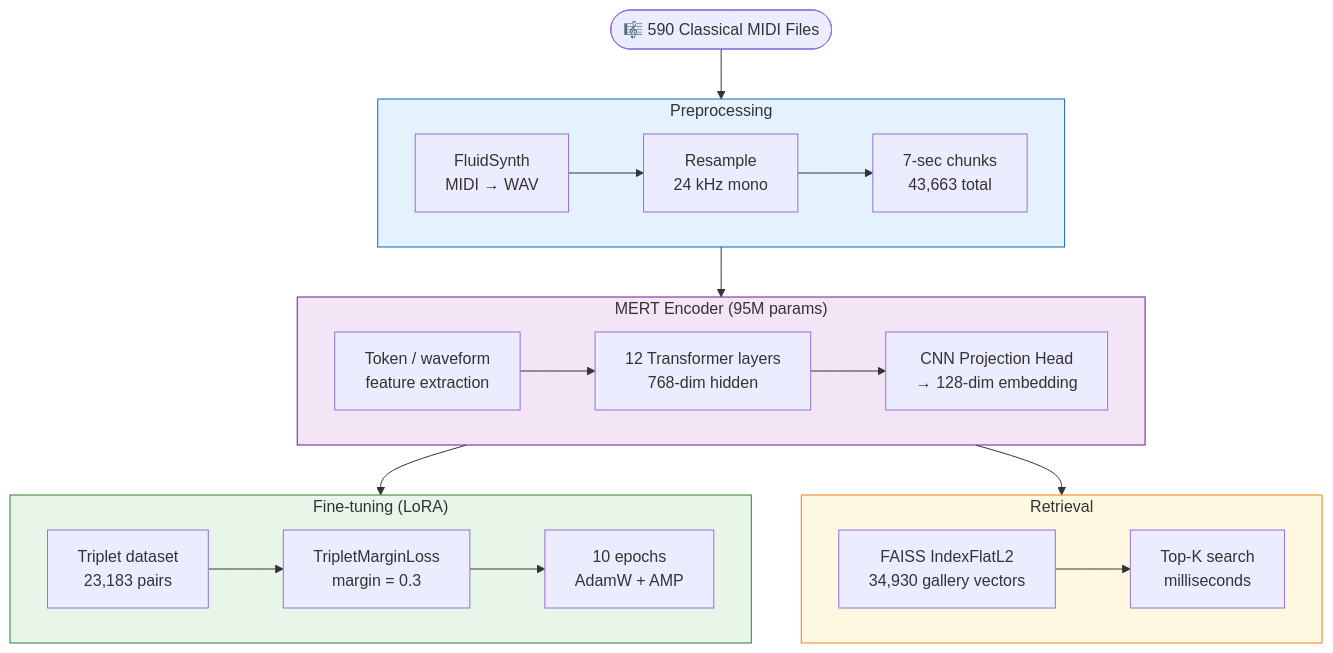
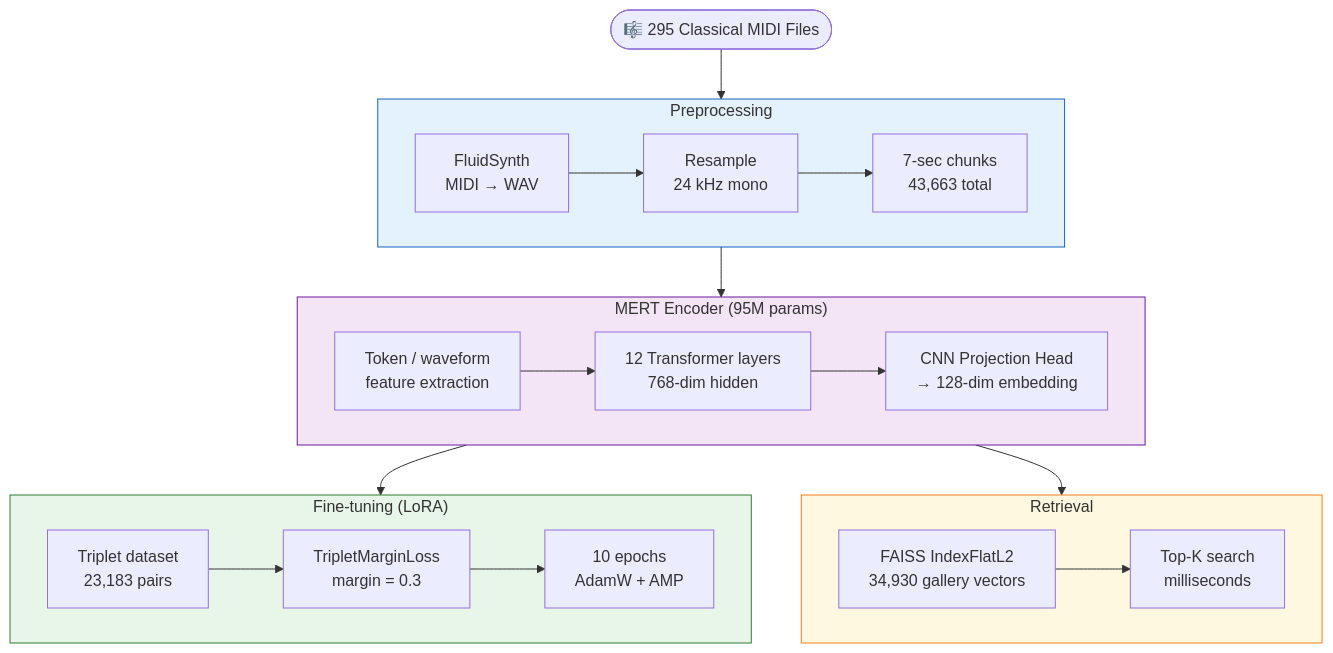
One commit to mperumal-usd/capstone_team_3 changed the second of 7 diagrams in website/docs/index.md. Above: the diagram before and after it, drawn with Mermaid. The commit also changed other lines of this file and 3 other files, not shown here.

````diff
--- a/website/docs/index.md
+++ b/website/docs/index.md
@@ -60,32 +60,32 @@
 ```mermaid
 flowchart TB
-    Start(["🎼 590 Classical MIDI Files"])
+    Start(["🎼 295 Classical MIDI Files"])
 
     subgraph Preprocessing["Preprocessing"]
         direction LR
         P1["FluidSynth<br/>MIDI → WAV"] --> P2["Resample<br/>24 kHz mono"] --> P3["7-sec chunks<br/>43,663 total"]
     end
 
     subgraph Encoder["MERT Encoder  (95M params)"]
         direction LR
         E1["Token / waveform<br/>feature extraction"] --> E2["12 Transformer layers<br/>768-dim hidden"] --> E3["CNN Projection Head<br/>→ 128-dim embedding"]
     end
 
     subgraph Training["Fine-tuning (LoRA)"]
         direction LR
         T1["Triplet dataset<br/>23,183 pairs"] --> T2["TripletMarginLoss<br/>margin = 0.3"] --> T3["10 epochs<br/>AdamW + AMP"]
     end
 
     subgraph Retrieval["Retrieval"]
         direction LR
         R1["FAISS IndexFlatL2<br/>34,930 gallery vectors"] --> R2["Top-K search<br/>milliseconds"]
     end
 
     Start --> Preprocessing --> Encoder --> Training
     Encoder --> Retrieval
 
     style Preprocessing fill:#e3f2fd,stroke:#1565c0
     style Encoder fill:#f3e5f5,stroke:#6a1b9a
     style Training fill:#e8f5e9,stroke:#2e7d32
     style Retrieval fill:#fff8e1,stroke:#f57f17
 ```
````
